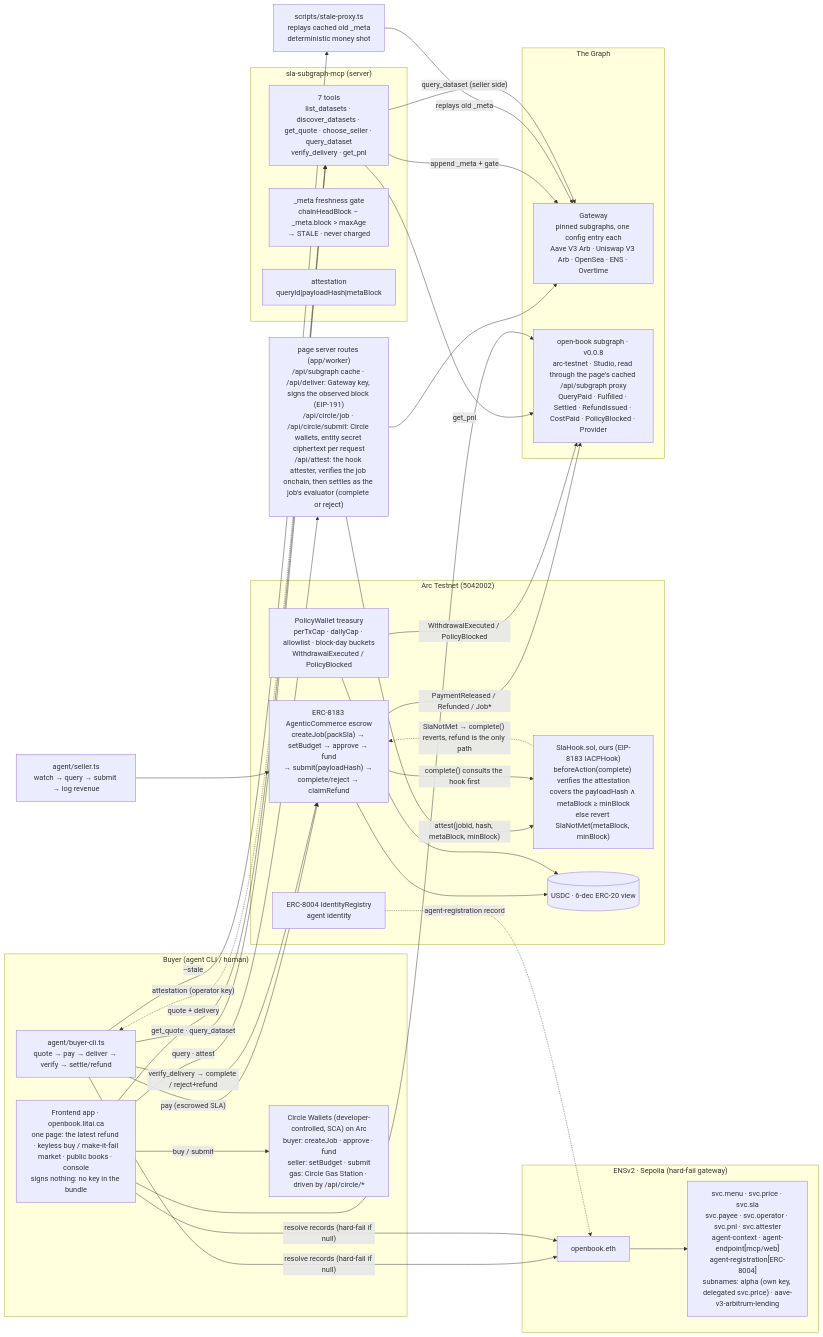
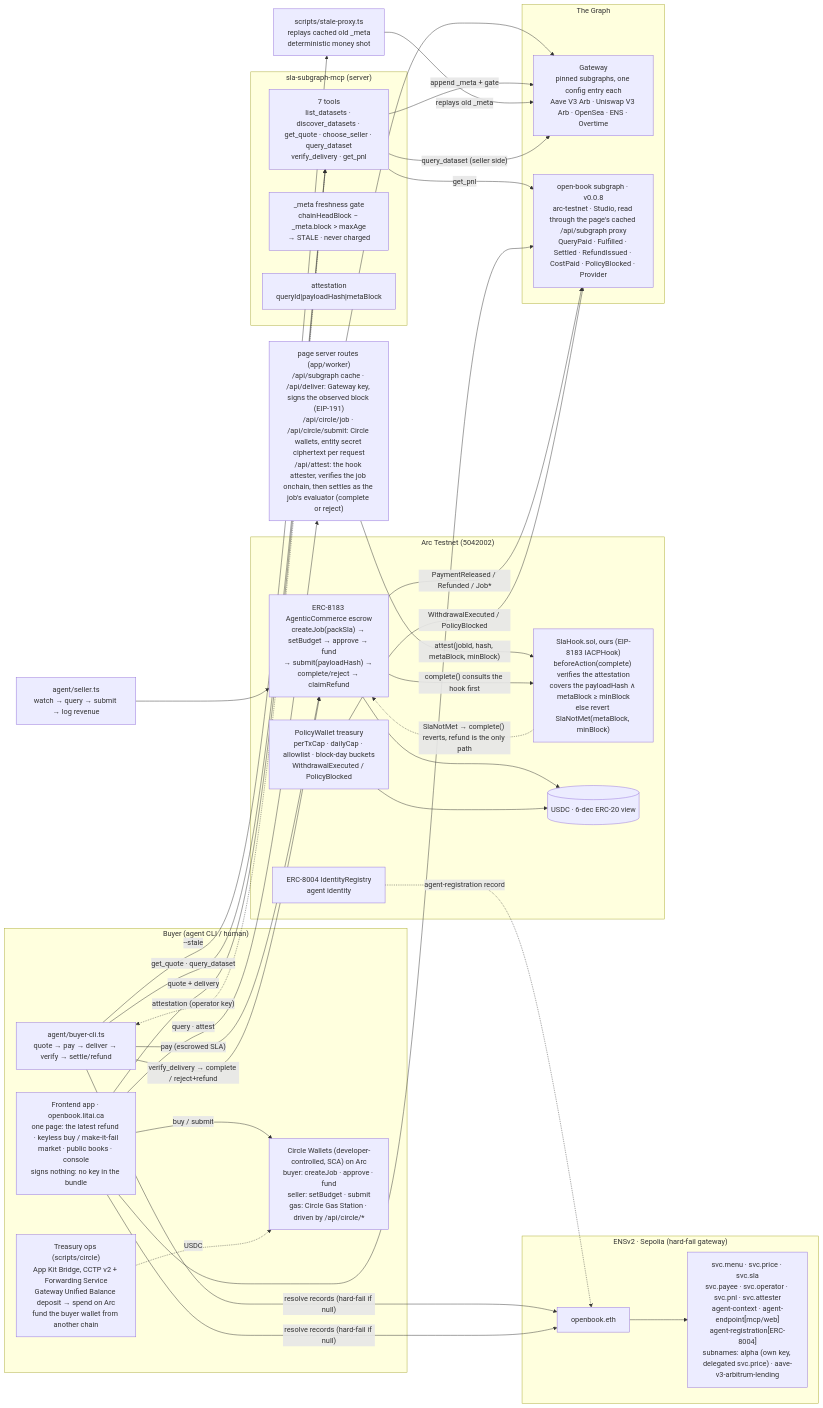
The diagram in docs/architecture.md (Aliserag/ethonline2026-openbook), drawn with Mermaid before and after one commit. The commit also changed 7 other files, not shown here.

Commit message:
fix(app): the page's Circle wallets are in the books scope; status names the Circle wallets; seller directory scans logs on the public RPC (proxy caps eth_getLogs); attester named in the Try hint; full tx links; diagram with treasury ops

````diff
--- a/docs/architecture.md
+++ b/docs/architecture.md
@@ -12,62 +12,64 @@
 ```mermaid
 flowchart LR
     subgraph BuyerSide["Buyer (agent CLI / human)"]
         BC[agent/buyer-cli.ts<br/>quote → pay → deliver → verify → settle/refund]
         FE[Frontend app · openbook.litai.ca<br/>one page: the latest refund · keyless buy / make-it-fail<br/>market · public books · console<br/>signs nothing: no key in the bundle]
         CW["Circle Wallets (developer-controlled, SCA) on Arc<br/>buyer: createJob · approve · fund<br/>seller: setBudget · submit<br/>gas: Circle Gas Station · driven by /api/circle/*"]
         FE -->|"buy / submit"| CW
+        TR["Treasury ops (scripts/circle)<br/>App Kit Bridge, CCTP v2 + Forwarding Service<br/>Gateway Unified Balance deposit → spend on Arc<br/>fund the buyer wallet from another chain"]
+        TR -.->|"USDC"| CW
     end
 
     subgraph ENSv2["ENSv2 · Sepolia (hard-fail gateway)"]
         NAME[openbook.eth]
         RECS["svc.menu · svc.price · svc.sla<br/>svc.payee · svc.operator · svc.pnl · svc.attester<br/>agent-context · agent-endpoint[mcp/web]<br/>agent-registration[ERC-8004]<br/>subnames: alpha (own key, delegated svc.price) · aave-v3-arbitrum-lending"]
         NAME --> RECS
     end
 
     subgraph Arc["Arc Testnet (5042002)"]
         J["ERC-8183 AgenticCommerce escrow<br/>createJob(packSla) → setBudget → approve → fund<br/>→ submit(payloadHash) → complete/reject → claimRefund"]
         HOOK["SlaHook.sol, ours (EIP-8183 IACPHook)<br/>beforeAction(complete) verifies the attestation<br/>covers the payloadHash ∧ metaBlock ≥ minBlock<br/>else revert SlaNotMet(metaBlock, minBlock)"]
         W["PolicyWallet treasury<br/>perTxCap · dailyCap · allowlist · block-day buckets<br/>WithdrawalExecuted / PolicyBlocked"]
         ID["ERC-8004 IdentityRegistry<br/>agent identity"]
         USDC[(USDC · 6-dec ERC-20 view)]
     end
 
     subgraph MCP["sla-subgraph-mcp (server)"]
         S["7 tools<br/>list_datasets · discover_datasets · get_quote · choose_seller · query_dataset<br/>verify_delivery · get_pnl"]
         GATE["_meta freshness gate<br/>chainHeadBlock − _meta.block > maxAge<br/>→ STALE · never charged"]
         SIGN["attestation<br/>queryId|payloadHash|metaBlock"]
     end
 
     subgraph Graph["The Graph"]
         GW[Gateway<br/>pinned subgraphs, one config entry each<br/>Aave V3 Arb · Uniswap V3 Arb · OpenSea · ENS · Overtime]
         PNL[open-book subgraph · v0.0.8<br/>arc-testnet · Studio, read through the page's cached /api/subgraph proxy<br/>QueryPaid · Fulfilled · Settled · RefundIssued · CostPaid · PolicyBlocked · Provider]
     end
 
     SP[scripts/stale-proxy.ts<br/>replays cached old _meta<br/>deterministic money shot]
     API["page server routes (app/worker)<br/>/api/subgraph cache · /api/deliver: Gateway key, signs the observed block (EIP-191)<br/>/api/circle/job · /api/circle/submit: Circle wallets, entity secret ciphertext per request<br/>/api/attest: the hook attester, verifies the job onchain, then settles as the job's evaluator (complete or reject)"]
     FE -->|"query · attest"| API
     API --> GW
     API -->|"attest(jobId, hash, metaBlock, minBlock)"| HOOK
 
     BC -->|"resolve records (hard-fail if null)"| NAME
     FE -->|"resolve records (hard-fail if null)"| NAME
     BC -->|"get_quote · query_dataset"| S
     FE -->|"quote + delivery"| S
     S -->|"append _meta + gate"| GW
     BC -->|"--stale"| SP
     SP -->|"replays old _meta"| GW
     BC -->|"pay (escrowed SLA)"| J
     S -->|"query_dataset (seller side)"| GW
     SEL[agent/seller.ts<br/>watch → query → submit → log revenue] --> J
     BC -->|"verify_delivery → complete / reject+refund"| J
     J -->|"complete() consults the hook first"| HOOK
     HOOK -.->|"SlaNotMet → complete() reverts, refund is the only path"| J
     J --> USDC
     J -->|"PaymentReleased / Refunded / Job*"| PNL
     W --> USDC
     W -->|"WithdrawalExecuted / PolicyBlocked"| PNL
     S -->|"get_pnl"| PNL
     FE --> PNL
     ID -.->|"agent-registration record"| NAME
     S -.->|"attestation (operator key)"| BC
 ```
````
